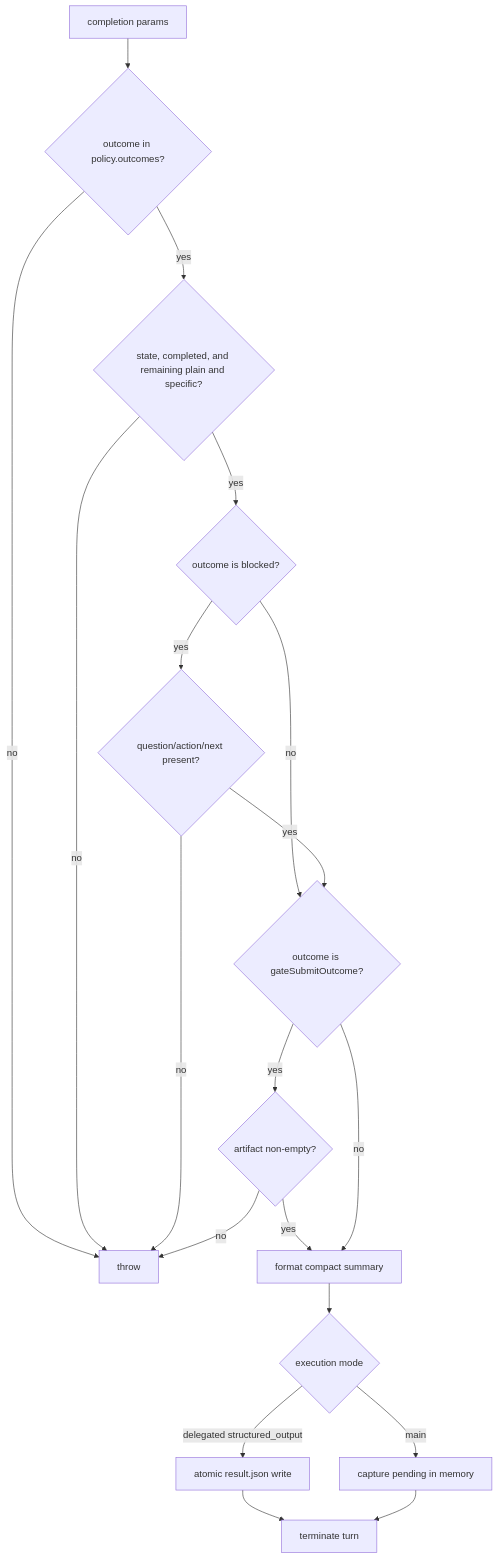
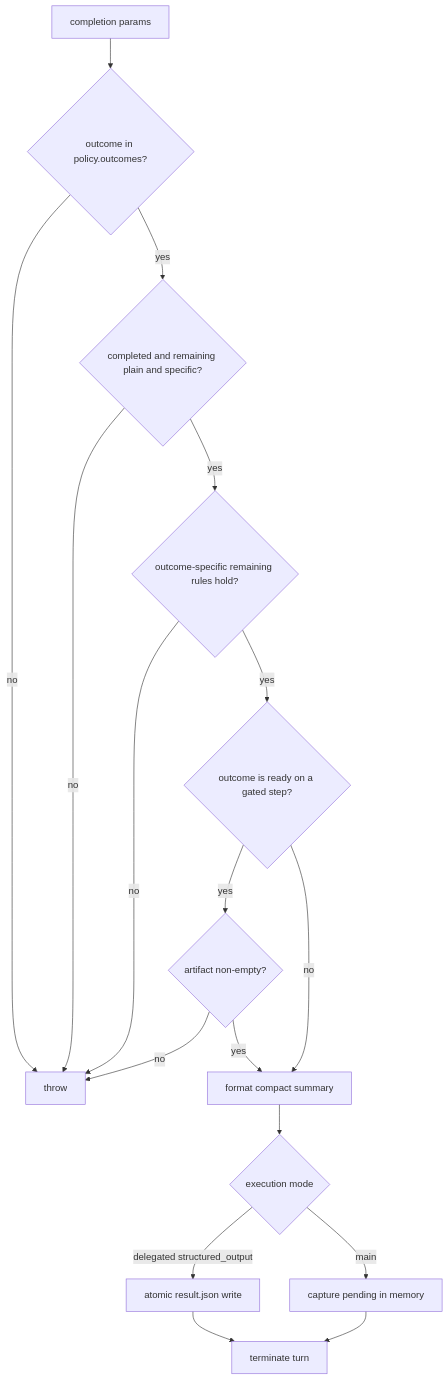
One commit to wichayutdew/pi-workflows changed the sixth of 7 diagrams in openwiki/security/policy-model.md. Above: the diagram before and after it, drawn with Mermaid. The commit also changed other lines of this file and 50 other files, not shown here.

````diff
--- a/openwiki/security/policy-model.md
+++ b/openwiki/security/policy-model.md
@@ -104,21 +104,19 @@
 ```mermaid
 flowchart TD
   Complete[completion params] --> Outcome{outcome in policy.outcomes?}
   Outcome -- no --> Reject[throw]
-  Outcome -- yes --> Handoff{state, completed, and remaining plain and specific?}
+  Outcome -- yes --> Handoff{completed and remaining plain and specific?}
   Handoff -- no --> Reject
-  Handoff -- yes --> BlockedOutcome{outcome is blocked?}
-  BlockedOutcome -- no --> Gate{outcome is gateSubmitOutcome?}
-  BlockedOutcome -- yes --> BlockedFields{question/action/next present?}
-  BlockedFields -- no --> Reject
-  BlockedFields -- yes --> Gate
+  Handoff -- yes --> Semantics{outcome-specific remaining rules hold?}
+  Semantics -- no --> Reject
+  Semantics -- yes --> Gate{outcome is ready on a gated step?}
   Gate -- yes --> Artifact{artifact non-empty?}
   Artifact -- no --> Reject
   Artifact -- yes --> Summary[format compact summary]
   Gate -- no --> Summary
   Summary --> Mode{execution mode}
   Mode -- delegated structured_output --> Write[atomic result.json write]
   Mode -- main --> Capture[capture pending in memory]
   Write --> Terminate[terminate turn]
   Capture --> Terminate
 ```
````
